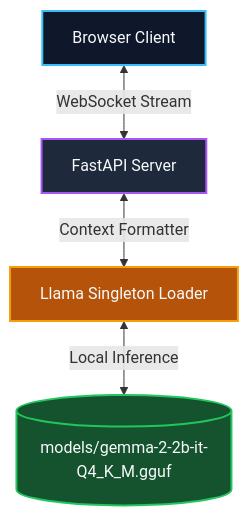
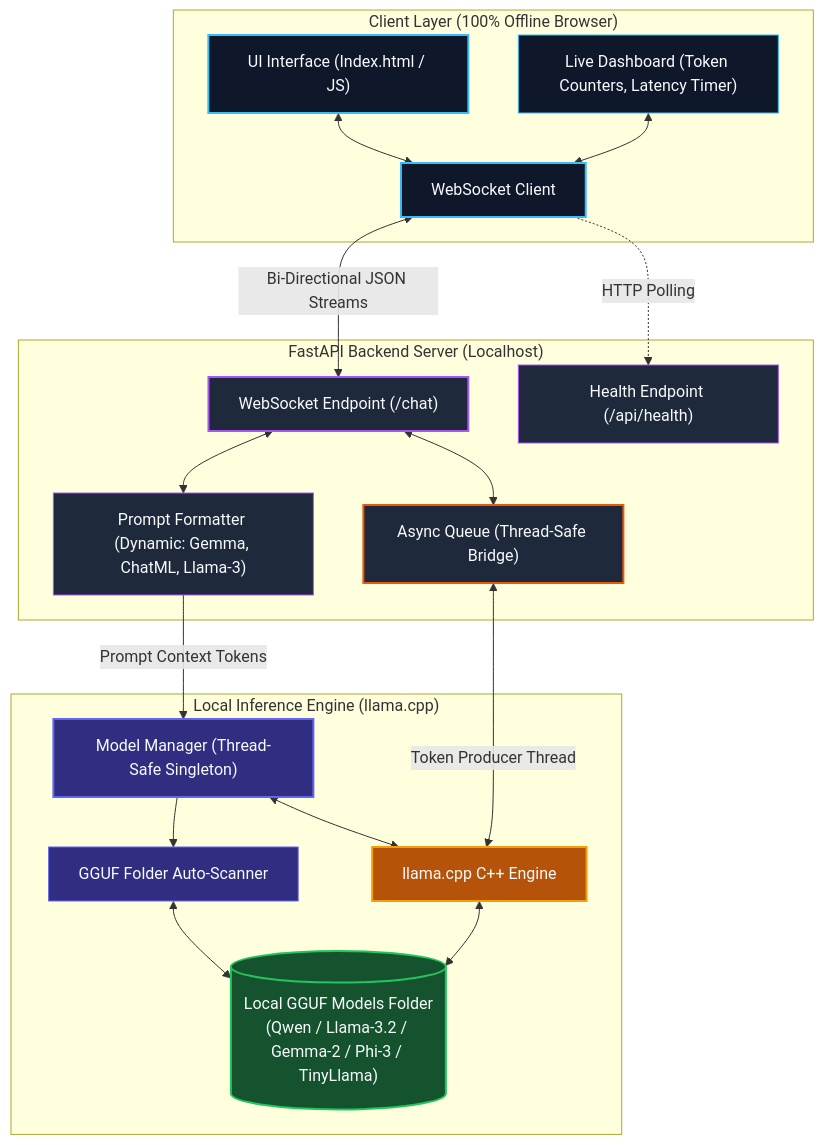
Before and after one commit to Tejasgowdas-369/fox-ai: the diagram in README.md, drawn with Mermaid.

Commit message:
Update How It Works architecture diagram in README

````diff
--- a/README.md
+++ b/README.md
@@ -99,11 +99,52 @@
 ```mermaid
-graph TD
-    User[Browser Client] <-->|WebSocket Stream| FastAPI[FastAPI Server]
-    FastAPI <-->|Context Formatter| Singleton[Llama Singleton Loader]
-    Singleton <-->|Local Inference| GGUF[(models/gemma-2-2b-it-Q4_K_M.gguf)]
+flowchart TD
+    subgraph Client ["Client Layer (100% Offline Browser)"]
+        UI["UI Interface (Index.html / JS)"]
+        Stats["Live Dashboard (Token Counters, Latency Timer)"]
+        WSClient["WebSocket Client"]
+        UI <--> WSClient
+        Stats <--> WSClient
+    end
+
+    subgraph Server ["FastAPI Backend Server (Localhost)"]
+        WSServer["WebSocket Endpoint (/chat)"]
+        Health["Health Endpoint (/api/health)"]
+        Formatter["Prompt Formatter (Dynamic: Gemma, ChatML, Llama-3)"]
+        Queue["Async Queue (Thread-Safe Bridge)"]
+        
+        WSServer <--> Formatter
+        WSServer <--> Queue
+    end
+
+    subgraph Inference ["Local Inference Engine (llama.cpp)"]
+        Singleton["Model Manager (Thread-Safe Singleton)"]
+        LlamaCPP["llama.cpp C++ Engine"]
+        FolderScanner["GGUF Folder Auto-Scanner"]
+        GGUF[("Local GGUF Models Folder\n(Qwen / Llama-3.2 / Gemma-2 / Phi-3 / TinyLlama)")]
+        
+        FolderScanner <--> GGUF
+        Singleton --> FolderScanner
+        Singleton <--> LlamaCPP
+        LlamaCPP <--> GGUF
+    end
+
+    WSClient <-->|Bi-Directional JSON Streams| WSServer
+    WSClient -.->|HTTP Polling| Health
+    Formatter -->|Prompt Context Tokens| Singleton
+    Queue <-->|Token Producer Thread| LlamaCPP
+
+    %% Custom Styling
+    style UI fill:#0f172a,stroke:#38bdf8,stroke-width:2px,color:#f8fafc
+    style Stats fill:#0f172a,stroke:#38bdf8,stroke-width:1px,color:#f8fafc
+    style WSClient fill:#0f172a,stroke:#38bdf8,stroke-width:2px,color:#f8fafc
     
-    style User fill:#0f172a,stroke:#38bdf8,stroke-width:2px,color:#f8fafc
-    style FastAPI fill:#1e293b,stroke:#a855f7,stroke-width:2px,color:#f8fafc
-    style Singleton fill:#b45309,stroke:#f59e0b,stroke-width:2px,color:#f8fafc
+    style WSServer fill:#1e293b,stroke:#a855f7,stroke-width:2px,color:#f8fafc
+    style Health fill:#1e293b,stroke:#a855f7,stroke-width:1px,color:#f8fafc
+    style Formatter fill:#1e293b,stroke:#a855f7,stroke-width:1px,color:#f8fafc
+    style Queue fill:#1e293b,stroke:#ea580c,stroke-width:2px,color:#f8fafc
+    
+    style Singleton fill:#312e81,stroke:#6366f1,stroke-width:2px,color:#f8fafc
+    style LlamaCPP fill:#b45309,stroke:#f59e0b,stroke-width:2px,color:#f8fafc
     style GGUF fill:#14532d,stroke:#22c55e,stroke-width:2px,color:#f8fafc
+    style FolderScanner fill:#312e81,stroke:#6366f1,stroke-width:1px,color:#f8fafc
 ```
````
